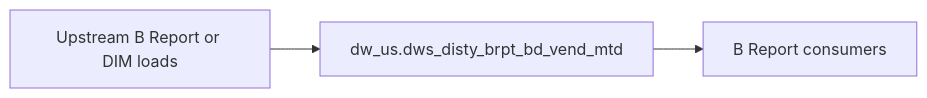
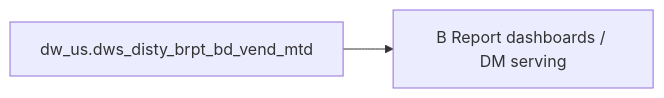
One commit to chengduhaha/data_agent changed the diagram in backend/defaults/b_report/workspace/target/knowledgebase/b-report-us/dws_disty_brpt_bd_vend_mtd.md. Above: the diagram before and after it, drawn with Mermaid. The commit also changed other lines of this file and 1108 other files, not shown here.

````diff
--- a/backend/defaults/b_report/workspace/target/knowledgebase/b-report-us/dws_disty_brpt_bd_vend_mtd.md
+++ b/backend/defaults/b_report/workspace/target/knowledgebase/b-report-us/dws_disty_brpt_bd_vend_mtd.md
@@ -151,8 +282,6 @@
 ```mermaid
 flowchart LR
-  upstream[Upstream B Report or DIM loads]
-  tgt["dw_us.dws_disty_brpt_bd_vend_mtd"]
-  brpt[B Report consumers]
-  upstream --> tgt
-  tgt --> brpt
+  dw_us_dws_disty_brpt_bd_vend_mtd["dw_us.dws_disty_brpt_bd_vend_mtd"]
+  consumers["B Report dashboards / DM serving"]
+  dw_us_dws_disty_brpt_bd_vend_mtd --> consumers
 ```
````
